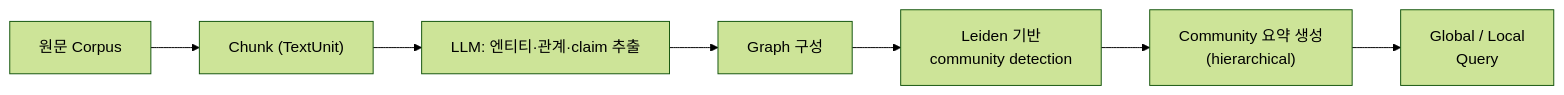
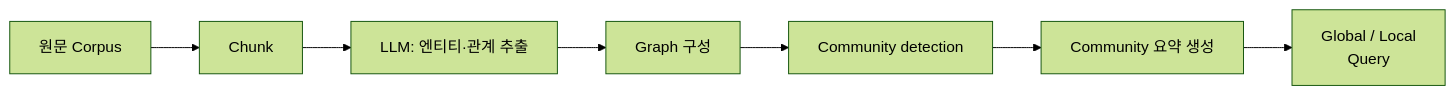
One commit to yuhodots/yuhodots.github.io changed the fifth of 8 diagrams in contents/kor/Web/26-04-18-kg-ontology.md. Above: the diagram before and after it, drawn with Mermaid (forest theme). The commit also changed other lines of this file, not shown here.

````diff
--- a/contents/kor/Web/26-04-18-kg-ontology.md
+++ b/contents/kor/Web/26-04-18-kg-ontology.md
@@ -296,9 +384,9 @@
 ```mermaid
 flowchart LR
-    A["원문 Corpus"] --> B["Chunk (TextUnit)"]
-    B --> C["LLM: 엔티티·관계·claim 추출"]
+    A["원문 Corpus"] --> B["Chunk"]
+    B --> C["LLM: 엔티티·관계 추출"]
     C --> D["Graph 구성"]
-    D --> E["Leiden 기반<br>community detection"]
-    E --> F["Community 요약 생성<br>(hierarchical)"]
+    D --> E["Community detection"]
+    E --> F["Community 요약 생성"]
     F --> G["Global / Local<br>Query"]
 ```
````
